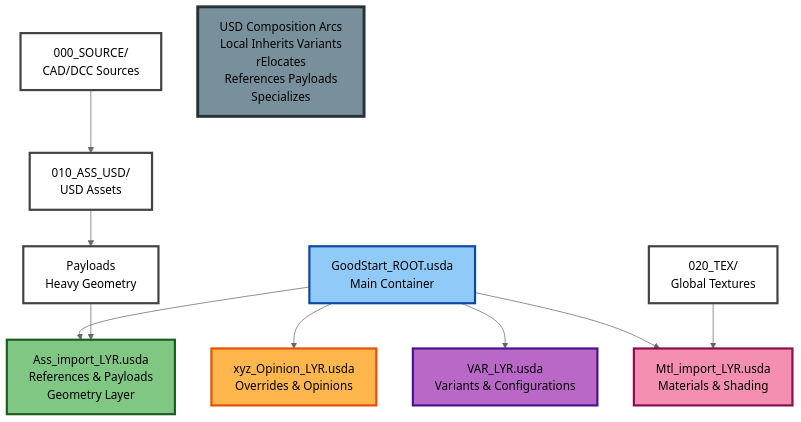
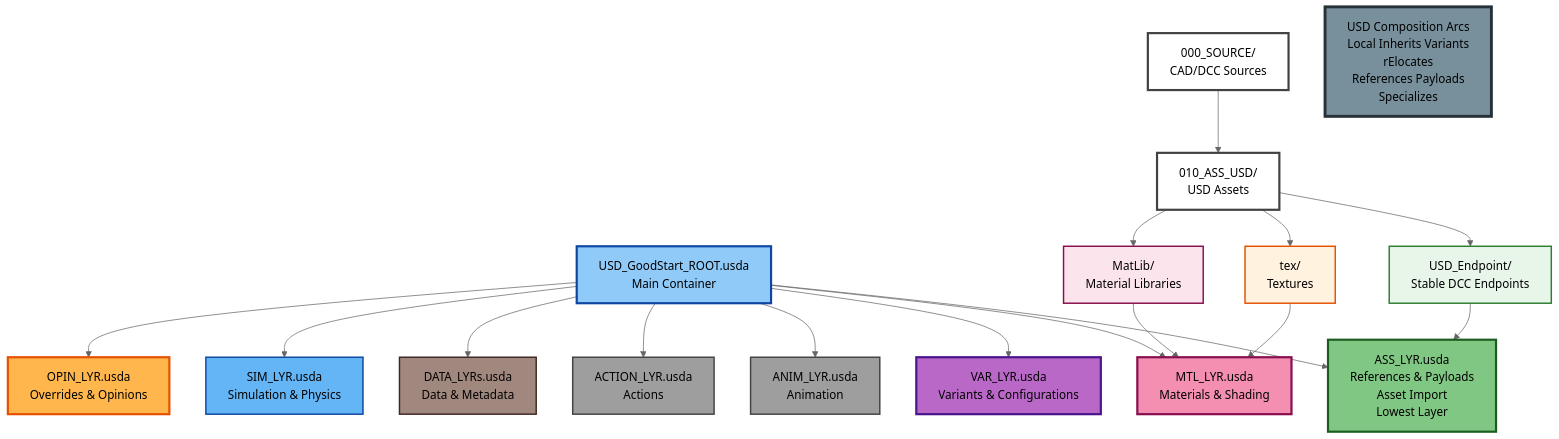
The diagram in README.md (jph2/USD_GoodStart), drawn with Mermaid (neutral theme) before and after one commit. The commit also changed other lines of this file and 63 other files, not shown here.

````diff
--- a/README.md
+++ b/README.md
@@ -53,26 +55,38 @@
 ```mermaid
 graph TD
-    Root[GoodStart_ROOT.usda<br/>Main Container] --> Opinion[xyz_Opinion_LYR.usda<br/>Overrides & Opinions]
+    Root[USD_GoodStart_ROOT.usda<br/>Main Container] --> Opinion[OPIN_LYR.usda<br/>Overrides & Opinions]
+    Root --> Sim[SIM_LYR.usda<br/>Simulation & Physics]
+    Root --> Data[DATA_LYRs.usda<br/>Data & Metadata]
+    Root --> Action[ACTION_LYR.usda<br/>Actions]
+    Root --> Anim[ANIM_LYR.usda<br/>Animation]
     Root --> Variant[VAR_LYR.usda<br/>Variants & Configurations]
-    Root --> Material[Mtl_import_LYR.usda<br/>Materials & Shading]
-    Root --> Asset[Ass_import_LYR.usda<br/>References & Payloads<br/>Geometry Layer]
+    Root --> Material[MTL_LYR.usda<br/>Materials & Shading]
+    Root --> Asset[ASS_LYR.usda<br/>References & Payloads<br/>Asset Import<br/>Lowest Layer]
     
     Source[000_SOURCE/<br/>CAD/DCC Sources] --> Assets[010_ASS_USD/<br/>USD Assets]
-    Assets --> Payloads[Payloads<br/>Heavy Geometry]
-    Payloads --> Asset
+    Assets --> MatLib[MatLib/<br/>Material Libraries]
+    Assets --> Tex[tex/<br/>Textures]
+    Assets --> Endpoint[USD_Endpoint/<br/>Stable DCC Endpoints]
     
-    Textures[020_TEX/<br/>Global Textures] --> Material
+    Endpoint --> Asset
+    MatLib --> Material
+    Tex --> Material
     
     Composition[USD Composition Arcs<br/>Local Inherits Variants<br/>rElocates<br/>References Payloads<br/>Specializes]
     
     style Root fill:#90caf9,stroke:#0d47a1,stroke-width:3px,color:#000
     style Asset fill:#81c784,stroke:#1b5e20,stroke-width:3px,color:#000
     style Opinion fill:#ffb74d,stroke:#e65100,stroke-width:3px,color:#000
     style Variant fill:#ba68c8,stroke:#4a148c,stroke-width:3px,color:#000
     style Material fill:#f48fb1,stroke:#880e4f,stroke-width:3px,color:#000
+    style Sim fill:#64b5f6,stroke:#0d47a1,stroke-width:2px,color:#000
+    style Data fill:#a1887f,stroke:#3e2723,stroke-width:2px,color:#000
+    style Action fill:#9e9e9e,stroke:#424242,stroke-width:2px,color:#000
+    style Anim fill:#9e9e9e,stroke:#424242,stroke-width:2px,color:#000
     style Composition fill:#78909c,stroke:#263238,stroke-width:4px,color:#000
     style Source fill:#ffffff,stroke:#424242,stroke-width:3px,color:#000
-    style Textures fill:#ffffff,stroke:#424242,stroke-width:3px,color:#000
     style Assets fill:#ffffff,stroke:#424242,stroke-width:3px,color:#000
-    style Payloads fill:#ffffff,stroke:#424242,stroke-width:3px,color:#000
+    style Endpoint fill:#e8f5e9,stroke:#2e7d32,stroke-width:2px,color:#000
+    style MatLib fill:#fce4ec,stroke:#880e4f,stroke-width:2px,color:#000
+    style Tex fill:#fff3e0,stroke:#e65100,stroke-width:2px,color:#000
 ```
````
